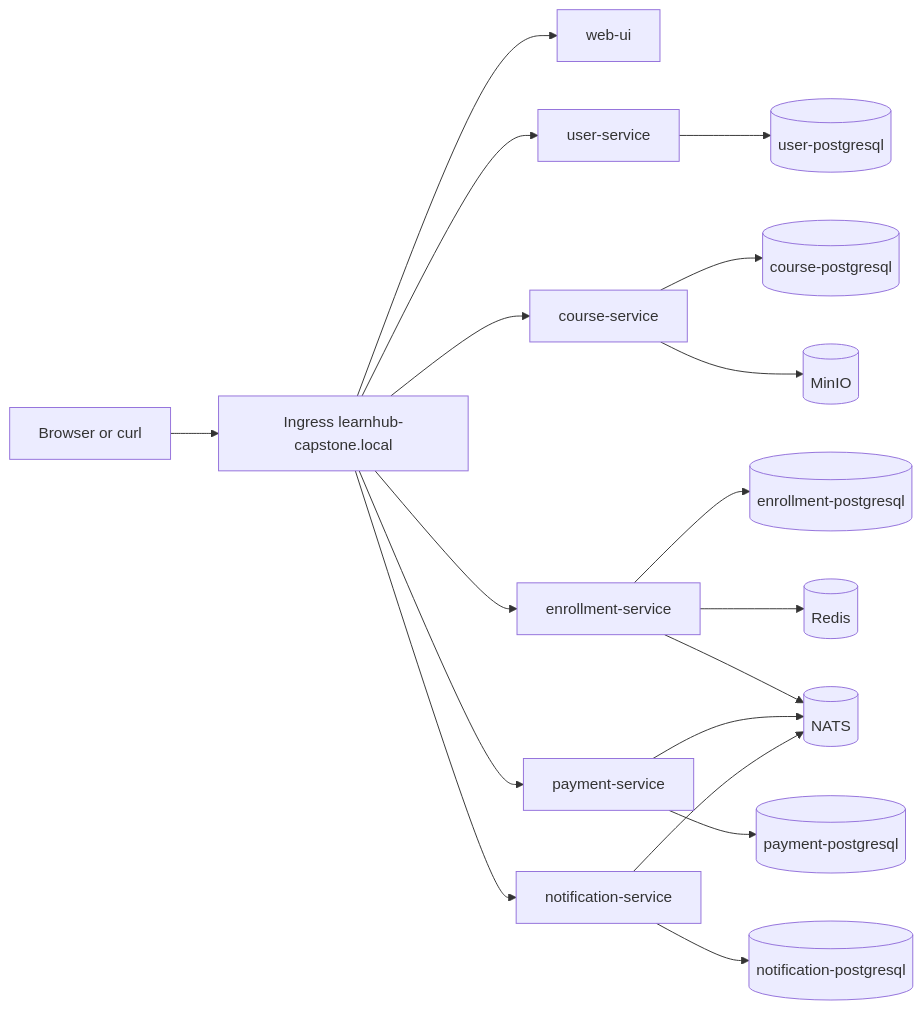
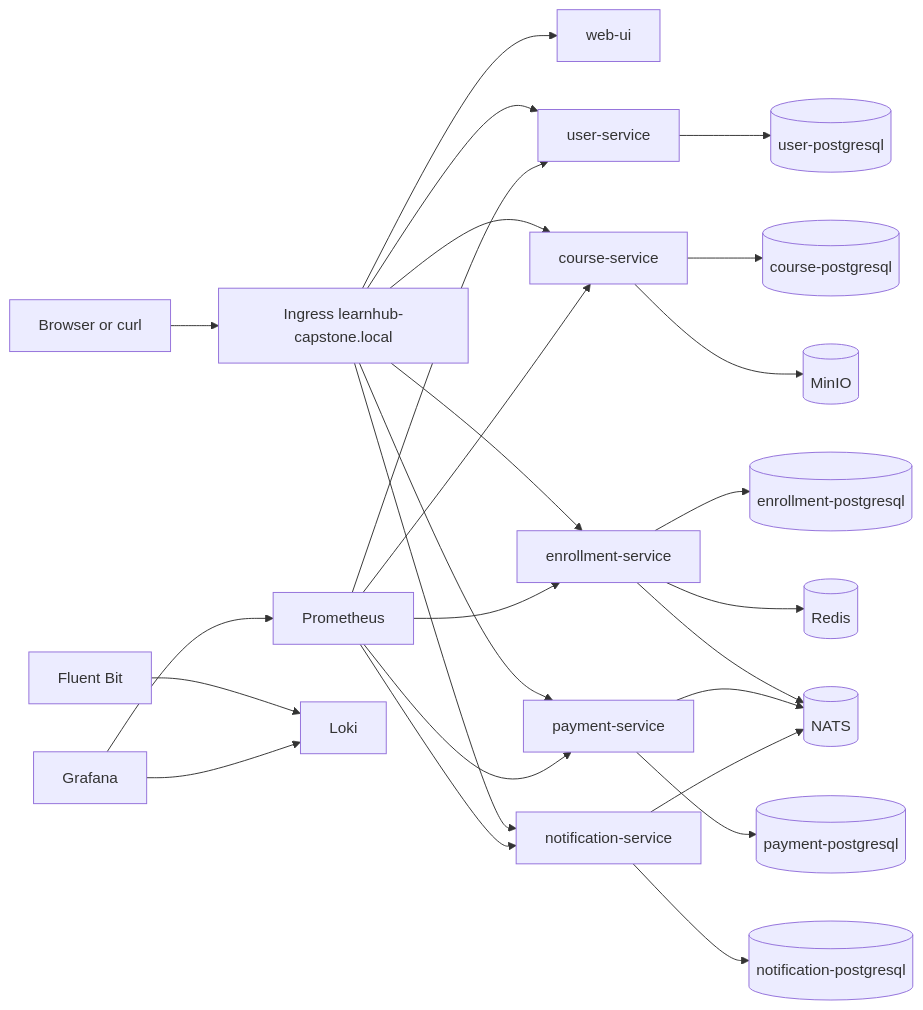
Before and after one commit to dieppq/Online_Learning: the diagram in capstone/docs/architecture.md, drawn with Mermaid. The commit also changed other lines of this file and 71 other files, not shown here.

````diff
--- a/capstone/docs/architecture.md
+++ b/capstone/docs/architecture.md
@@ -5,21 +5,29 @@
 ```mermaid
 flowchart LR
   client[Browser or curl] --> ingress[Ingress learnhub-capstone.local]
   ingress --> web[web-ui]
   ingress --> user[user-service]
   ingress --> course[course-service]
   ingress --> enroll[enrollment-service]
   ingress --> payment[payment-service]
   ingress --> notify[notification-service]
 
   user --> userdb[(user-postgresql)]
   course --> coursedb[(course-postgresql)]
   course --> minio[(MinIO)]
   enroll --> enrolldb[(enrollment-postgresql)]
   enroll --> redis[(Redis)]
   enroll --> nats[(NATS)]
   payment --> paymentdb[(payment-postgresql)]
   payment --> nats
   notify --> notifydb[(notification-postgresql)]
   notify --> nats
+  prometheus[Prometheus] --> user
+  prometheus --> course
+  prometheus --> enroll
+  prometheus --> payment
+  prometheus --> notify
+  fluent[Fluent Bit] --> loki[Loki]
+  grafana[Grafana] --> prometheus
+  grafana --> loki
 ```
````
